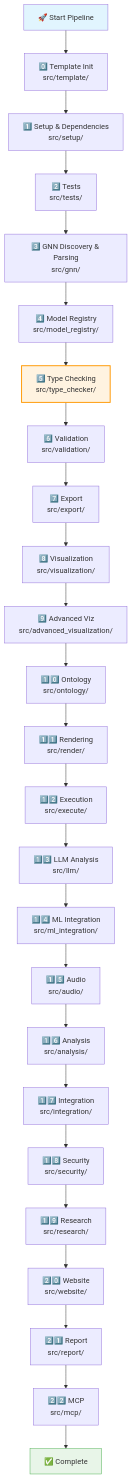
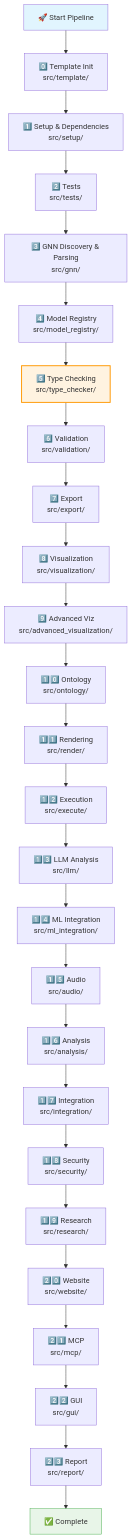
Before and after one commit to ActiveInferenceInstitute/GeneralizedNotationNotation: the third of 4 diagrams in README.md, drawn with Mermaid. The commit also changed other lines of this file and 117 other files, not shown here.

````diff
--- a/README.md
+++ b/README.md
@@ -230,31 +231,32 @@
 ```mermaid
 flowchart TD
     A["🚀 Start Pipeline"] --> B["0️⃣ Template Init<br/>src/template/"]
     B --> C["1️⃣ Setup & Dependencies<br/>src/setup/"]
     C --> D["2️⃣ Tests<br/>src/tests/"]
     D --> E["3️⃣ GNN Discovery & Parsing<br/>src/gnn/"]
     E --> F["4️⃣ Model Registry<br/>src/model_registry/"]
     F --> G["5️⃣ Type Checking<br/>src/type_checker/"]
     G --> H["6️⃣ Validation<br/>src/validation/"]
     H --> I["7️⃣ Export<br/>src/export/"]
     I --> J["8️⃣ Visualization<br/>src/visualization/"]
     J --> K["9️⃣ Advanced Viz<br/>src/advanced_visualization/"]
     K --> L["1️⃣0️⃣ Ontology<br/>src/ontology/"]
     L --> M["1️⃣1️⃣ Rendering<br/>src/render/"]
     M --> N["1️⃣2️⃣ Execution<br/>src/execute/"]
     N --> O["1️⃣3️⃣ LLM Analysis<br/>src/llm/"]
     O --> P["1️⃣4️⃣ ML Integration<br/>src/ml_integration/"]
     P --> Q["1️⃣5️⃣ Audio<br/>src/audio/"]
     Q --> R["1️⃣6️⃣ Analysis<br/>src/analysis/"]
     R --> S["1️⃣7️⃣ Integration<br/>src/integration/"]
     S --> T["1️⃣8️⃣ Security<br/>src/security/"]
     T --> U["1️⃣9️⃣ Research<br/>src/research/"]
     U --> V["2️⃣0️⃣ Website<br/>src/website/"]
-    V --> W["2️⃣1️⃣ Report<br/>src/report/"]
-    W --> X["2️⃣2️⃣ MCP<br/>src/mcp/"]
-    X --> Y["✅ Complete"]
+    V --> W["2️⃣1️⃣ MCP<br/>src/mcp/"]
+    W --> X["2️⃣2️⃣ GUI<br/>src/gui/"]
+    X --> Y["2️⃣3️⃣ Report<br/>src/report/"]
+    Y --> Z["✅ Complete"]
 
     style A fill:#e1f5fe
     style G fill:#fff3e0,stroke:#ff9800,stroke-width:2px
-    style Y fill:#e8f5e8,stroke:#4caf50
+    style Z fill:#e8f5e8,stroke:#4caf50
 ```
````
